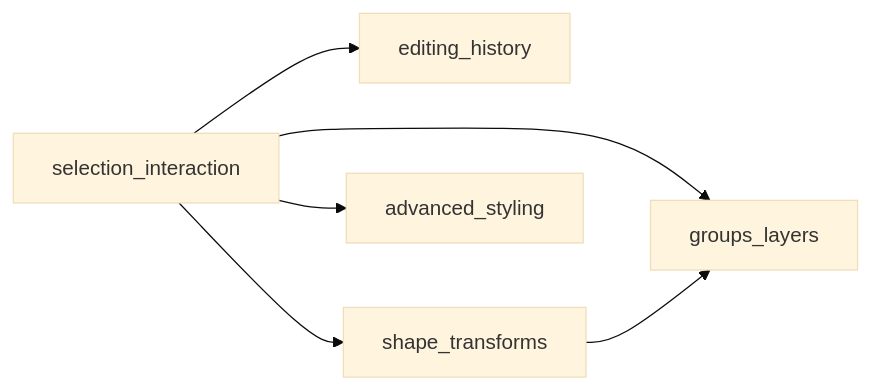
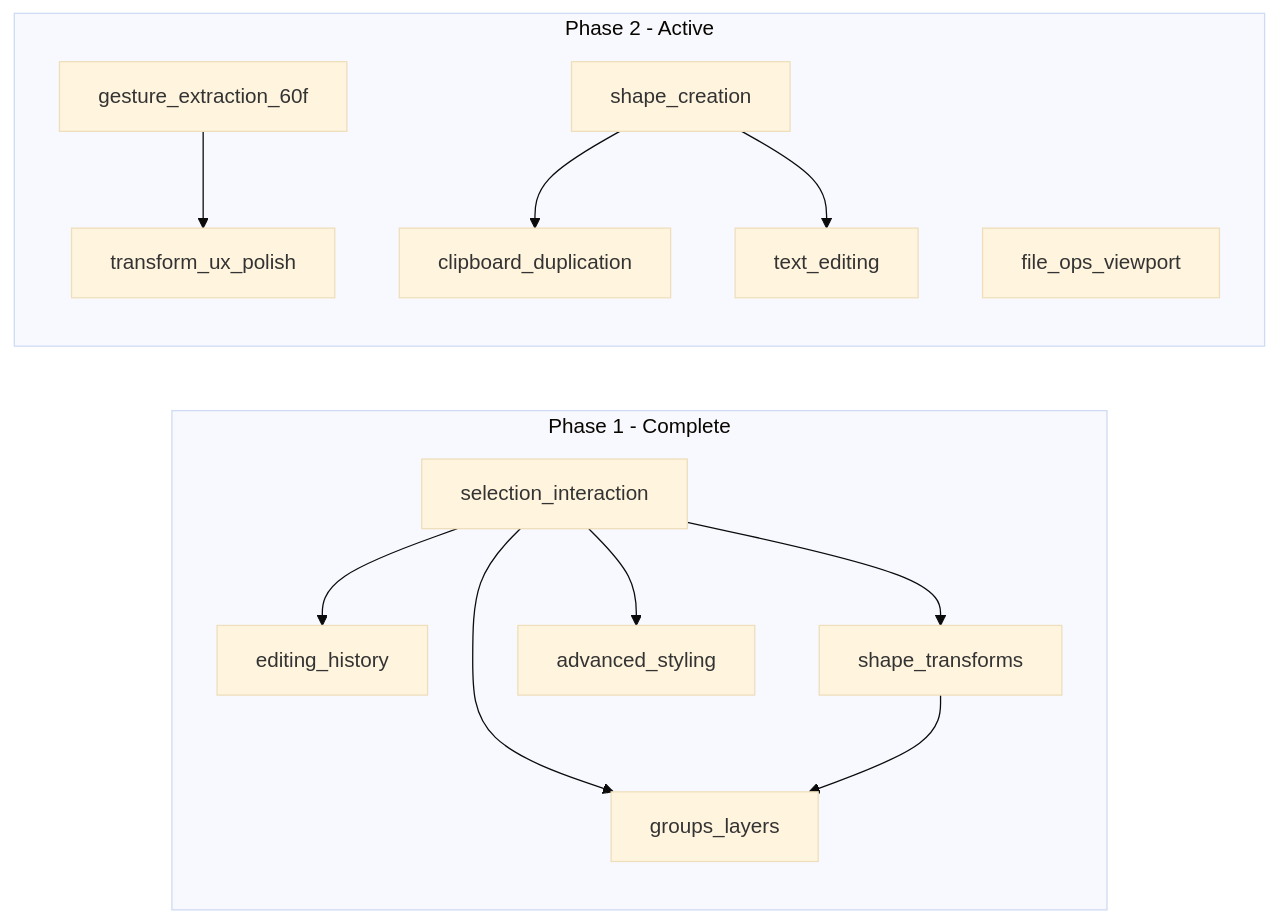
Before and after one commit to nbeckindy/svg-editor: the diagram in plans/ROADMAP.md, drawn with Mermaid (base theme). The commit also changed other lines of this file and 8 other files, not shown here.

First line of the commit message:
feat(roadmap): update product roadmap and enhance SVG manipulation

````diff
--- a/plans/ROADMAP.md
+++ b/plans/ROADMAP.md
@@ -15,13 +44,27 @@
 ```mermaid
 flowchart LR
-  e1[selection_interaction]
-  e2[editing_history]
-  e3[shape_transforms]
-  e4[groups_layers]
-  e5[advanced_styling]
-  e1 --> e2
-  e1 --> e3
-  e1 --> e4
-  e3 --> e4
-  e1 --> e5
+  subgraph phase1 [Phase 1 - Complete]
+    e1[selection_interaction]
+    e2[editing_history]
+    e3[shape_transforms]
+    e4[groups_layers]
+    e5[advanced_styling]
+    e1 --> e2
+    e1 --> e3
+    e1 --> e4
+    e3 --> e4
+    e1 --> e5
+  end
+
+  subgraph phase2 [Phase 2 - Active]
+    refactor[gesture_extraction_60f]
+    e6[transform_ux_polish]
+    e7[shape_creation]
+    e8[clipboard_duplication]
+    e9[file_ops_viewport]
+    e10[text_editing]
+    refactor --> e6
+    e7 --> e8
+    e7 --> e10
+  end
 ```
````
